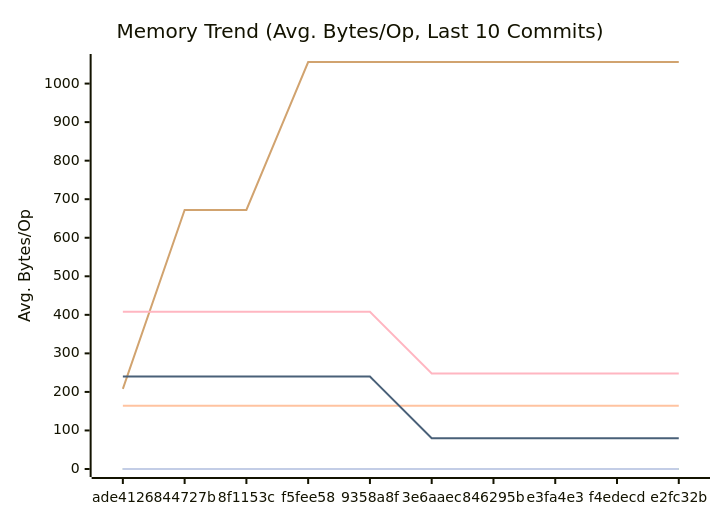
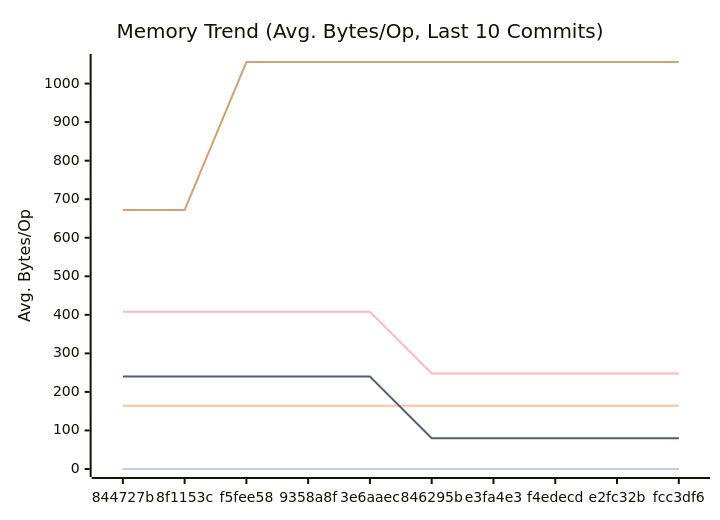
The second of 3 diagrams in docs/PERFORMANCE.md (alsotoes/momo), drawn with Mermaid before and after one commit. The commit also changed other lines of this file and 5 other files, not shown here.

````diff
--- a/docs/PERFORMANCE.md
+++ b/docs/PERFORMANCE.md
@@ -97,16 +97,16 @@
 ```mermaid
 xychart-beta
     title "Memory Trend (Avg. Bytes/Op, Last 10 Commits)"
     x-axis "Commit"
     y-axis "Avg. Bytes/Op"
-    x-axis [ade4126,844727b,8f1153c,f5fee58,9358a8f,3e6aaec,846295b,e3fa4e3,f4edecd,e2fc32b]
+    x-axis [844727b,8f1153c,f5fee58,9358a8f,3e6aaec,846295b,e3fa4e3,f4edecd,e2fc32b,fcc3df6]
     line "CheckMetricsAndSwap" [0,0,0,0,0,0,0,0,0,0]
     line "CrushOptimized" [0,0,0,0,0,0,0,0,0,0]
     line "CrushOriginal" [164,164,164,164,164,164,164,164,164,164]
     line "IndexDirectTracking" [0,0,0,0,0,0,0,0,0,0]
     line "IndexSearch" [0,0,0,0,0,0,0,0,0,0]
-    line "LoadGlobalConfig" [208,672,672,1056,1056,1056,1056,1056,1056,1056]
+    line "LoadGlobalConfig" [672,672,1056,1056,1056,1056,1056,1056,1056,1056]
     line "PadString" [0,0,0,0,0,0,0,0,0,0]
     line "ParseReplicationOrder_NoPrealloc" [408,408,408,408,408,248,248,248,248,248]
     line "ParseReplicationOrder_Prealloc" [240,240,240,240,240,80,80,80,80,80]
 ```
````
